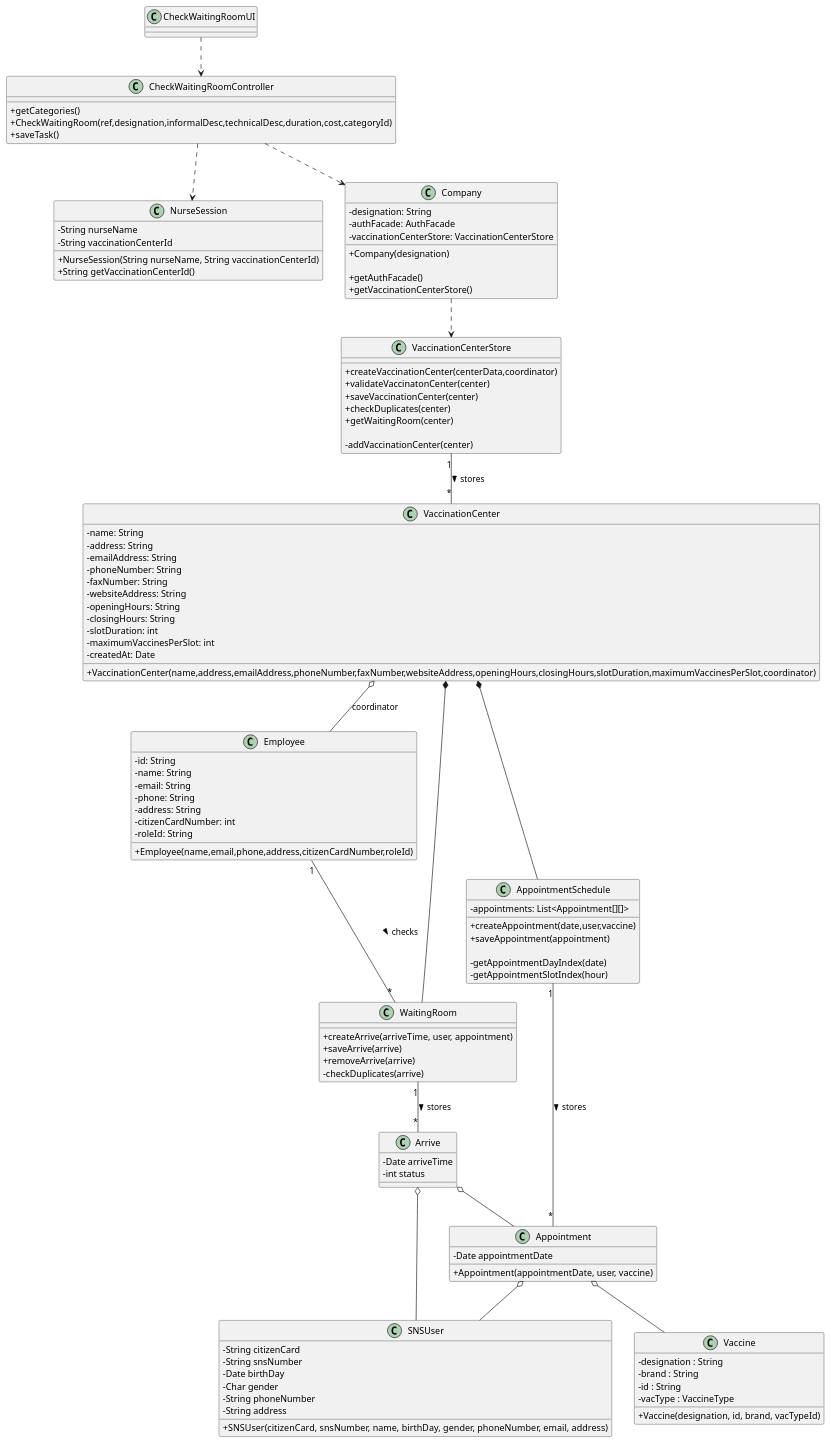
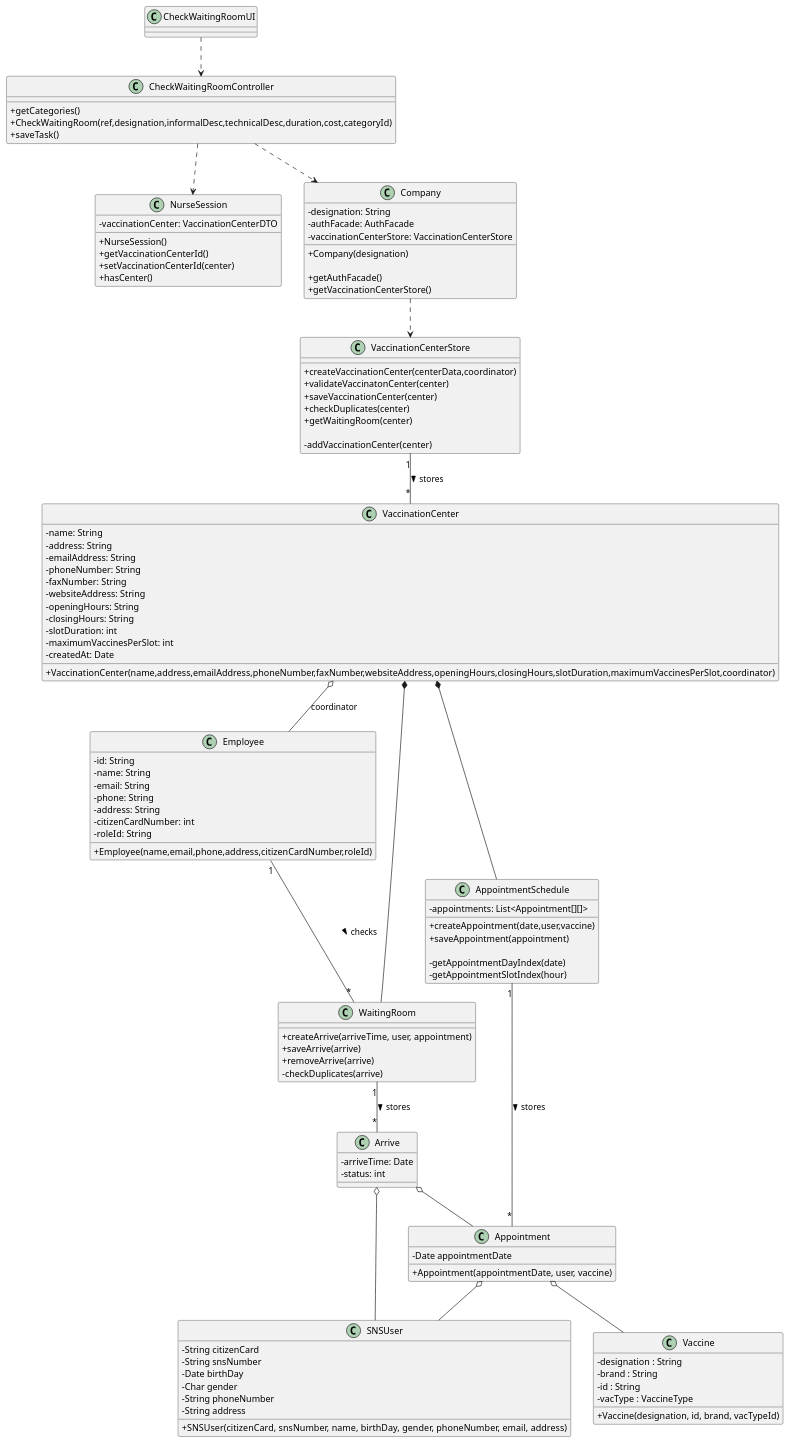
Before and after one commit to miseEnPlace-i/lapr2: the diagram in docs/SprintC/US05/CD/US05_CD.puml, drawn with PlantUML. The commit also changed 8 other files, not shown here.

Commit message:
docs(US05): updated CD with nurse session new methods

```diff
--- a/docs/SprintC/US05/CD/US05_CD.puml
+++ b/docs/SprintC/US05/CD/US05_CD.puml
@@ -1,138 +1,139 @@
 @startuml
 skinparam classAttributeIconSize 0
 
 class Arrive {
-  - Date arriveTime
-  - int status
+  -arriveTime: Date
+  -status: int
 }
 
 class NurseSession {
-  - String nurseName
-  - String vaccinationCenterId
+  -vaccinationCenter: VaccinationCenterDTO
 
-  + NurseSession(String nurseName, String vaccinationCenterId)
-  + String getVaccinationCenterId()
+  + NurseSession()
+  + getVaccinationCenterId()
+  + setVaccinationCenterId(center)
+  + hasCenter()
 }
 
 class Company {
   -designation: String
   -authFacade: AuthFacade
   -vaccinationCenterStore: VaccinationCenterStore
   
   +Company(designation)
 
   +getAuthFacade()
   +getVaccinationCenterStore()
 }
 
 class CheckWaitingRoomController {
   +getCategories()
   +CheckWaitingRoom(ref,designation,informalDesc,technicalDesc,duration,cost,categoryId)
   +saveTask()
 }
 
 class CheckWaitingRoomUI {}
 
 class VaccinationCenter {
   - name: String
   - address: String
   - emailAddress: String
   - phoneNumber: String
   - faxNumber: String
   - websiteAddress: String
   - openingHours: String
   - closingHours: String
   - slotDuration: int
   - maximumVaccinesPerSlot: int
   -createdAt: Date
   
   +VaccinationCenter(name,address,emailAddress,phoneNumber,faxNumber,websiteAddress,openingHours,closingHours,slotDuration,maximumVaccinesPerSlot,coordinator)
 }
 
 class VaccinationCenterStore {
   +createVaccinationCenter(centerData,coordinator)
   +validateVaccinatonCenter(center)
   +saveVaccinationCenter(center)
   +checkDuplicates(center)
   +getWaitingRoom(center)
 
   -addVaccinationCenter(center)
 }
 
 class Employee {
   -id: String 
   -name: String 
   -email: String 
   -phone: String 
   -address: String 
   -citizenCardNumber: int 
   -roleId: String 
 
   +Employee(name,email,phone,address,citizenCardNumber,roleId)
 }
 
 class SNSUser {
   - String citizenCard
   - String snsNumber
   - Date birthDay
   - Char gender
   - String phoneNumber
   - String address
   + SNSUser(citizenCard, snsNumber, name, birthDay, gender, phoneNumber, email, address)
 }
 
 class WaitingRoom {
   +createArrive(arriveTime, user, appointment)
   +saveArrive(arrive)
   +removeArrive(arrive)
   -checkDuplicates(arrive)
 }
 
 class AppointmentSchedule {
   -appointments: List<Appointment[][]>
   +createAppointment(date,user,vaccine)
   +saveAppointment(appointment)
 
   -getAppointmentDayIndex(date)
   -getAppointmentSlotIndex(hour)
 }
 
 class Appointment {
   -Date appointmentDate
 
   +Appointment(appointmentDate, user, vaccine)
 }
 
 class Vaccine{
   -designation : String
   -brand : String
   -id : String
   -vacType : VaccineType
 
   +Vaccine(designation, id, brand, vacTypeId)
 }
 
 CheckWaitingRoomUI ..> CheckWaitingRoomController
 CheckWaitingRoomController ..> Company
 
 Arrive o-- SNSUser
 Arrive o-- Appointment
 Appointment o-- SNSUser
 
 VaccinationCenter o-- Employee : coordinator
 VaccinationCenterStore "1" -- "*" VaccinationCenter : stores >
 
 Company ..> VaccinationCenterStore
 
 WaitingRoom "1" -- "*" Arrive : stores >
 
 Employee "1" -- "*" WaitingRoom : checks >
 VaccinationCenter *-- WaitingRoom
 
 CheckWaitingRoomController ..> NurseSession
 
 AppointmentSchedule "1" -- "*" Appointment : stores >
 VaccinationCenter *-- AppointmentSchedule
 Appointment o-- Vaccine
 
 @enduml
```
